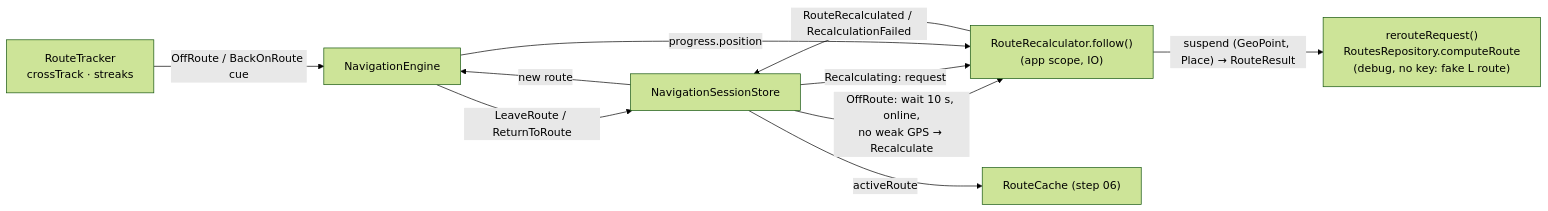
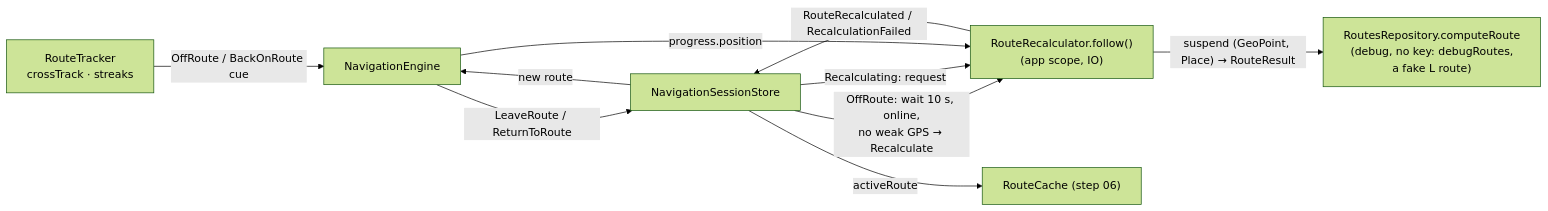
The eighth of 11 diagrams in ARCHITECTURE.md (Xander-JS/haptiMap_watch), drawn with Mermaid (forest theme) before and after one commit. The commit also changed other lines of this file and 26 other files, not shown here.

````diff
--- a/ARCHITECTURE.md
+++ b/ARCHITECTURE.md
@@ -321,12 +322,12 @@
 ```mermaid
 graph LR
     tracker["RouteTracker<br/>crossTrack · streaks"] -->|"OffRoute / BackOnRoute cue"| engine["NavigationEngine"]
     engine -->|"LeaveRoute / ReturnToRoute"| store["NavigationSessionStore"]
     store -->|"OffRoute: wait 10 s, online,<br/>no weak GPS → Recalculate"| recalc["RouteRecalculator.follow()<br/>(app scope, IO)"]
     store -->|"Recalculating: request"| recalc
     engine -->|"progress.position"| recalc
-    recalc -->|"suspend (GeoPoint, Place) → RouteResult"| req["rerouteRequest()<br/>RoutesRepository.computeRoute<br/>(debug, no key: fake L route)"]
+    recalc -->|"suspend (GeoPoint, Place) → RouteResult"| req["RoutesRepository.computeRoute<br/>(debug, no key: debugRoutes,<br/>a fake L route)"]
     recalc -->|"RouteRecalculated / RecalculationFailed"| store
     store -->|"new route"| engine
     store -->|"activeRoute"| cache["RouteCache (step 06)"]
 ```
````
